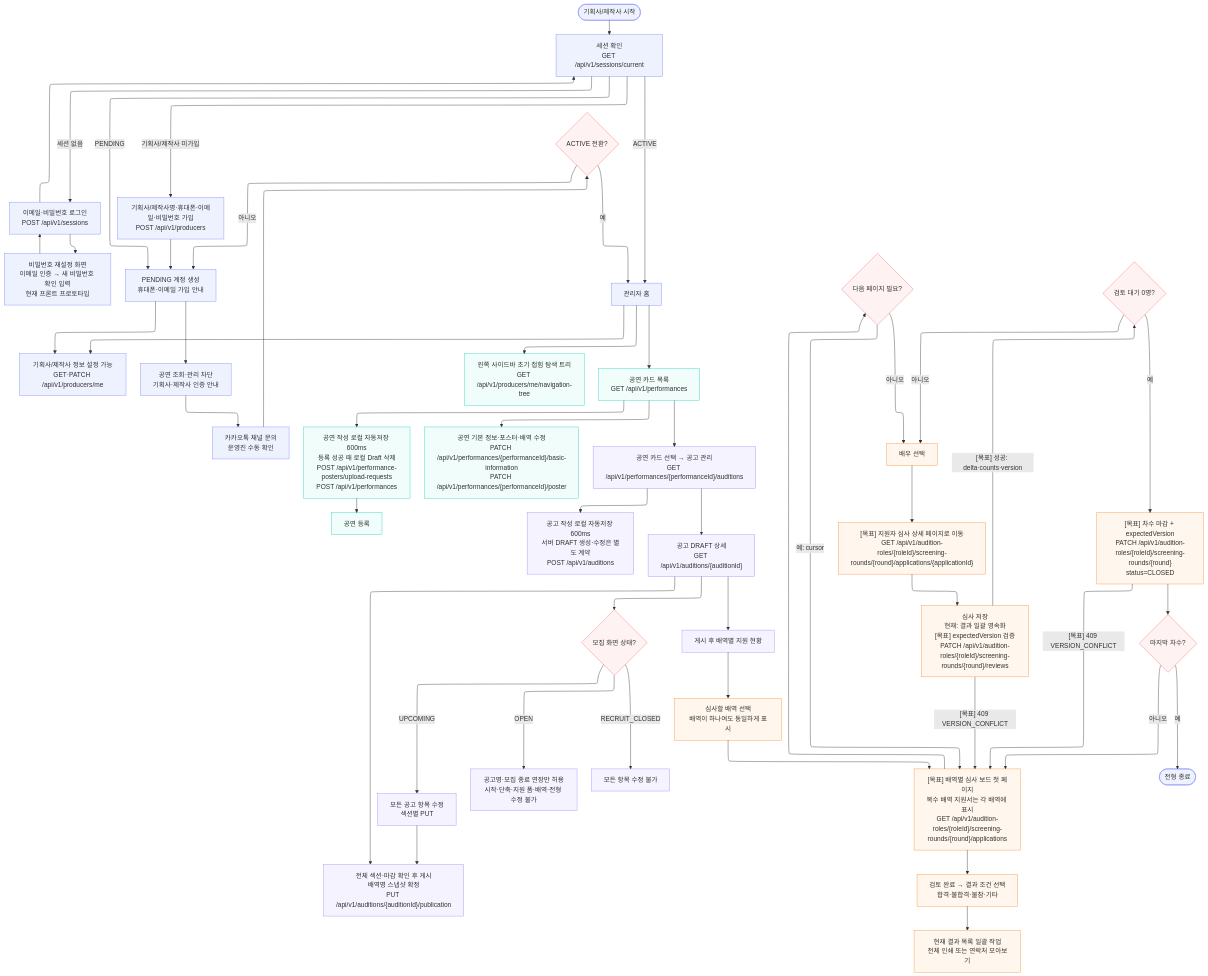
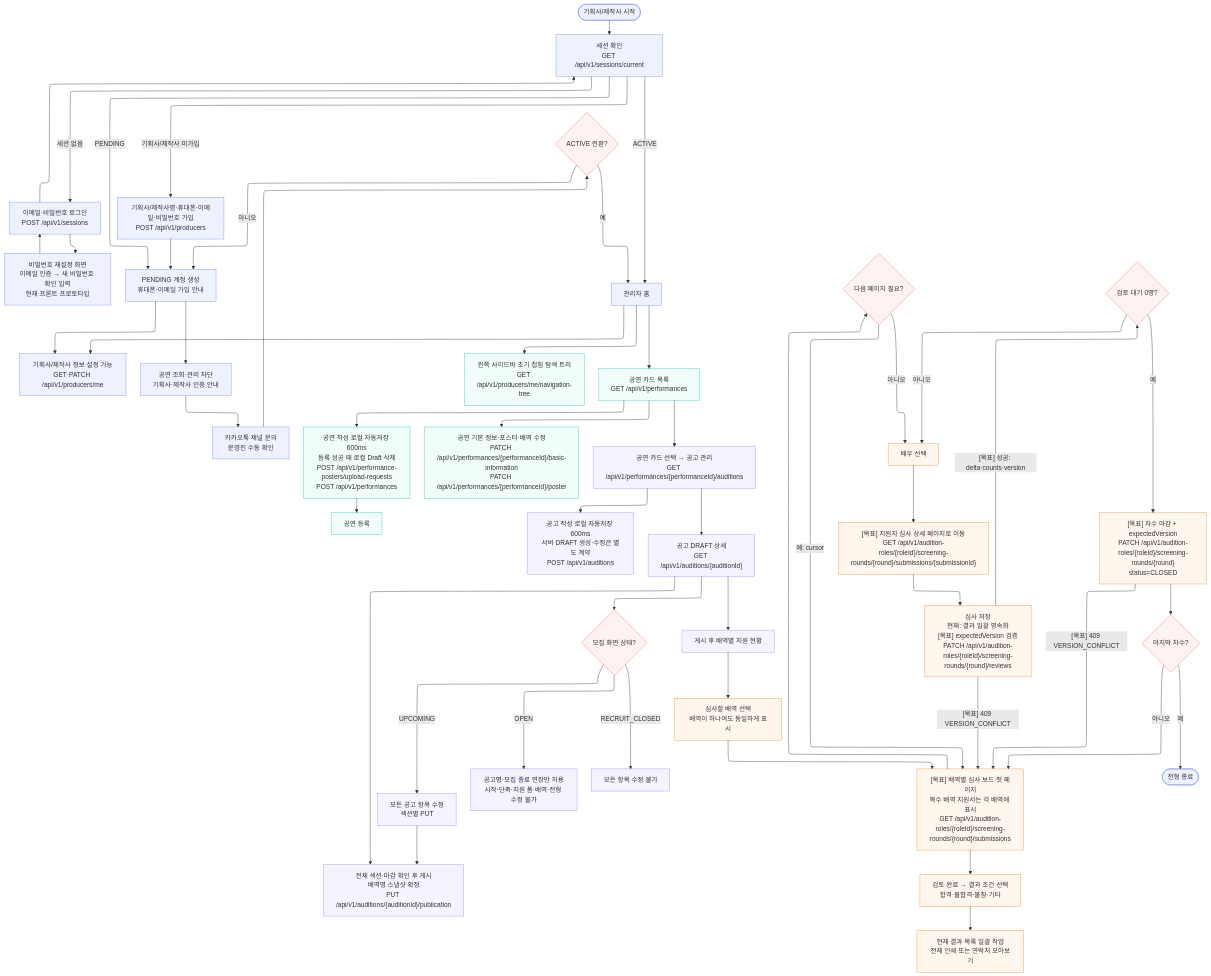
The diagram in docs/development/flows/producer.mmd (woowacourse-teams/2026-yesulin), drawn with Mermaid before and after one commit. The commit also changed 57 other files, not shown here.

```diff
--- a/docs/development/flows/producer.mmd
+++ b/docs/development/flows/producer.mmd
@@ -1,57 +1,57 @@
 ---
 config:
   layout: elk
 ---
 flowchart TB
     START(["기획사/제작사 시작"]) --> SESSION["세션 확인<br>GET /api/v1/sessions/current"]
     SESSION -- 세션 없음 --> LOGIN["이메일·비밀번호 로그인<br>POST /api/v1/sessions"]
     LOGIN --> PASSWORD_RESET["비밀번호 재설정 화면<br>이메일 인증 → 새 비밀번호 확인 입력<br>현재 프론트 프로토타입"]
     PASSWORD_RESET --> LOGIN
     LOGIN --> SESSION
     SESSION -- 기획사/제작사 미가입 --> SIGNUP["기획사/제작사명·휴대폰·이메일·비밀번호 가입<br>POST /api/v1/producers"]
     SIGNUP --> PENDING["PENDING 계정 생성<br>휴대폰·이메일 가입 안내"]
     SESSION -- PENDING --> PENDING
     PENDING --> PROFILE["기획사/제작사 정보 설정 가능<br>GET·PATCH /api/v1/producers/me"]
     PENDING --> BLOCKED["공연 조회·관리 차단<br>기획사·제작사 인증 안내"]
     BLOCKED --> CONTACT["카카오톡 채널 문의<br>운영진 수동 확인"]
     CONTACT --> ACTIVE{"ACTIVE 전환?"}
     ACTIVE -- 아니오 --> PENDING
     ACTIVE -- 예 --> HOME["관리자 홈"]
     SESSION -- ACTIVE --> HOME
     HOME --> NAV["왼쪽 사이드바 초기 접힘 탐색 트리<br>GET /api/v1/producers/me/navigation-tree"] & PROFILE & PERF["공연 카드 목록<br>GET /api/v1/performances"]
     PERF --> NEW_PERF["공연 작성 로컬 자동저장 600ms<br>등록 성공 때 로컬 Draft 삭제<br>POST /api/v1/performance-posters/upload-requests<br>POST /api/v1/performances"] & EDIT_PERF["공연 기본 정보·포스터·배역 수정<br>PATCH /api/v1/performances/{performanceId}/basic-information<br>PATCH /api/v1/performances/{performanceId}/poster"] & POSTINGS["공연 카드 선택 → 공고 관리<br>GET /api/v1/performances/{performanceId}/auditions"]
     NEW_PERF --> CREATE_PERF["공연 등록"]
     POSTINGS --> CREATE_POSTING["공고 작성 로컬 자동저장 600ms<br>서버 DRAFT 생성·수정은 별도 계약<br>POST /api/v1/auditions"] & POSTING_DETAIL["공고 DRAFT 상세<br>GET /api/v1/auditions/{auditionId}"]
     POSTING_DETAIL --> EDIT_POLICY{"모집 화면 상태?"} & PUBLISH["전체 섹션·마감 확인 후 게시<br>배역명 스냅샷 확정<br>PUT /api/v1/auditions/{auditionId}/publication"] & ROLES["게시 후 배역별 지원 현황"]
     EDIT_POLICY -- UPCOMING --> EDIT_POSTING["모든 공고 항목 수정<br>섹션별 PUT"]
     EDIT_POLICY -- OPEN --> EDIT_OPEN["공고명·모집 종료 연장만 허용<br>시작·단축·지원 폼·배역·전형 수정 불가"]
     EDIT_POLICY -- RECRUIT_CLOSED --> EDIT_BLOCKED["모든 항목 수정 불가"]
     EDIT_POSTING --> PUBLISH
     ROLES --> CHOOSE_ROLE["심사할 배역 선택<br>배역이 하나여도 동일하게 표시"]
-    CHOOSE_ROLE --> BOARD["[목표] 배역별 심사 보드 첫 페이지<br>복수 배역 지원서는 각 배역에 표시<br>GET /api/v1/audition-roles/{roleId}/screening-rounds/{round}/applications"]
+    CHOOSE_ROLE --> BOARD["[목표] 배역별 심사 보드 첫 페이지<br>복수 배역 지원서는 각 배역에 표시<br>GET /api/v1/audition-roles/{roleId}/screening-rounds/{round}/submissions"]
     BOARD --> RESULT_FILTER["검토 완료 → 결과 조건 선택<br>합격·불합격·불참·기타"]
     RESULT_FILTER --> GROUP_ACTION["현재 결과 목록 일괄 작업<br>전체 인쇄 또는 연락처 모아보기"]
     BOARD --> MORE{"다음 페이지 필요?"}
     MORE -- 예: cursor --> BOARD
     MORE -- 아니오 --> SELECT["배우 선택"]
-    SELECT --> APP_DETAIL["[목표] 지원자 심사 상세 페이지로 이동<br>GET /api/v1/audition-roles/{roleId}/screening-rounds/{round}/applications/{applicationId}"]
+    SELECT --> APP_DETAIL["[목표] 지원자 심사 상세 페이지로 이동<br>GET /api/v1/audition-roles/{roleId}/screening-rounds/{round}/submissions/{submissionId}"]
     APP_DETAIL --> REVIEW["심사 저장<br>현재: 결과 일괄 영속화<br>[목표] expectedVersion 검증<br>PATCH /api/v1/audition-roles/{roleId}/screening-rounds/{round}/reviews"]
     REVIEW -- "[목표] 409 VERSION_CONFLICT" --> BOARD
     REVIEW -- "[목표] 성공: delta·counts·version" --> DONE{"검토 대기 0명?"}
     DONE -- 아니오 --> SELECT
     DONE -- 예 --> CLOSE["[목표] 차수 마감 + expectedVersion<br>PATCH /api/v1/audition-roles/{roleId}/screening-rounds/{round}<br>status=CLOSED"]
     CLOSE -- "[목표] 409 VERSION_CONFLICT" --> BOARD
     CLOSE --> LAST{"마지막 차수?"}
     LAST -- 아니오 --> BOARD
     LAST -- 예 --> FINISH(["전형 종료"])
 
     classDef authNode stroke:#818cf8,fill:#eef2ff
     classDef perfNode stroke:#2dd4bf,fill:#f0fdfa
     classDef postingNode stroke:#a78bfa,fill:#f5f3ff
     classDef screeningNode stroke:#fb923c,fill:#fff7ed
     classDef decisionNode stroke:#f87171,fill:#fef2f2
     class START,SESSION,LOGIN,PASSWORD_RESET,SIGNUP,PENDING,PROFILE,BLOCKED,CONTACT,HOME,FINISH authNode
     class ACTIVE,MORE,DONE,LAST,EDIT_POLICY decisionNode
     class NAV,PERF,NEW_PERF,EDIT_PERF,CREATE_PERF perfNode
     class POSTINGS,CREATE_POSTING,POSTING_DETAIL,EDIT_POSTING,EDIT_OPEN,EDIT_BLOCKED,PUBLISH,ROLES postingNode
     class BOARD,CHOOSE_ROLE,RESULT_FILTER,GROUP_ACTION,SELECT,APP_DETAIL,REVIEW,CLOSE screeningNode
```
